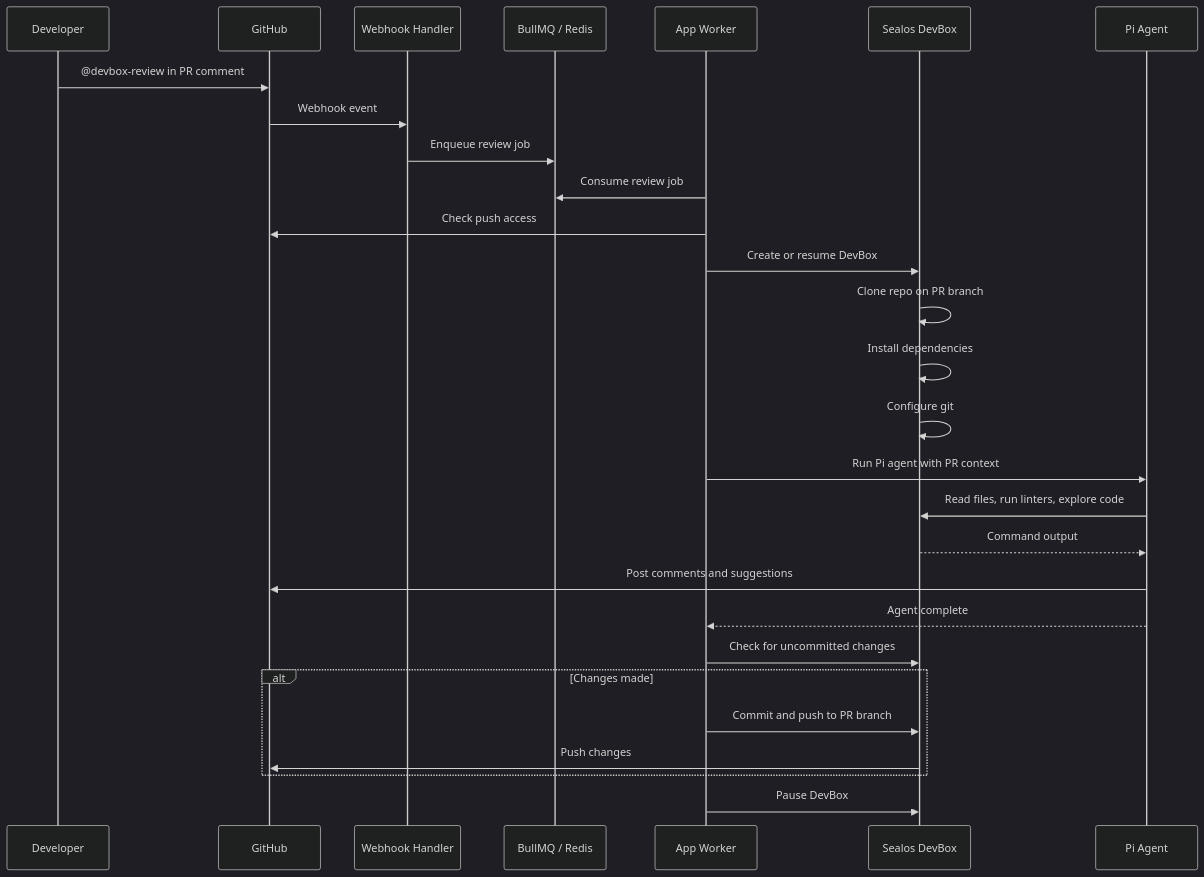
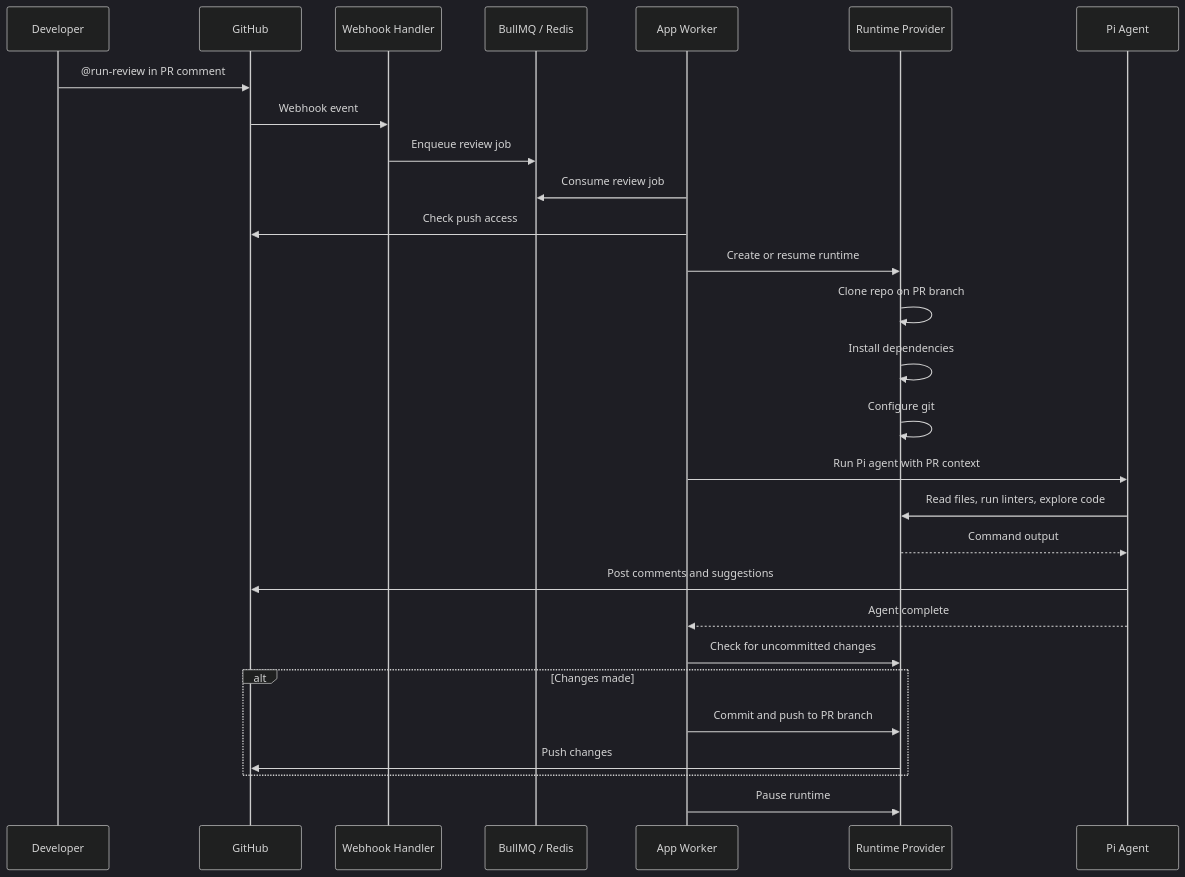
One commit to zjy365/devbox-review changed the diagram in README.md. Above: the diagram before and after it, drawn with Mermaid (dark theme). The commit also changed other lines of this file and 15 other files, not shown here.

Commit message:
chore: rename project to RunReview

````diff
--- a/README.md
+++ b/README.md
@@ -17,34 +17,34 @@
 ```mermaid
 sequenceDiagram
     participant U as Developer
     participant GH as GitHub
     participant WH as Webhook Handler
     participant Q as BullMQ / Redis
     participant W as App Worker
-    participant DB as Sealos DevBox
+    participant RT as Runtime Provider
     participant AI as Pi Agent
 
-    U->>GH: @devbox-review in PR comment
+    U->>GH: @run-review in PR comment
     GH->>WH: Webhook event
     WH->>Q: Enqueue review job
 
     W->>Q: Consume review job
     W->>GH: Check push access
-    W->>DB: Create or resume DevBox
-    DB->>DB: Clone repo on PR branch
-    DB->>DB: Install dependencies
-    DB->>DB: Configure git
+    W->>RT: Create or resume runtime
+    RT->>RT: Clone repo on PR branch
+    RT->>RT: Install dependencies
+    RT->>RT: Configure git
 
     W->>AI: Run Pi agent with PR context
-    AI->>DB: Read files, run linters, explore code
-    DB-->>AI: Command output
+    AI->>RT: Read files, run linters, explore code
+    RT-->>AI: Command output
     AI->>GH: Post comments and suggestions
     AI-->>W: Agent complete
 
-    W->>DB: Check for uncommitted changes
+    W->>RT: Check for uncommitted changes
     alt Changes made
-        W->>DB: Commit and push to PR branch
-        DB->>GH: Push changes
+        W->>RT: Commit and push to PR branch
+        RT->>GH: Push changes
     end
-    W->>DB: Pause DevBox
+    W->>RT: Pause runtime
 ```
````
